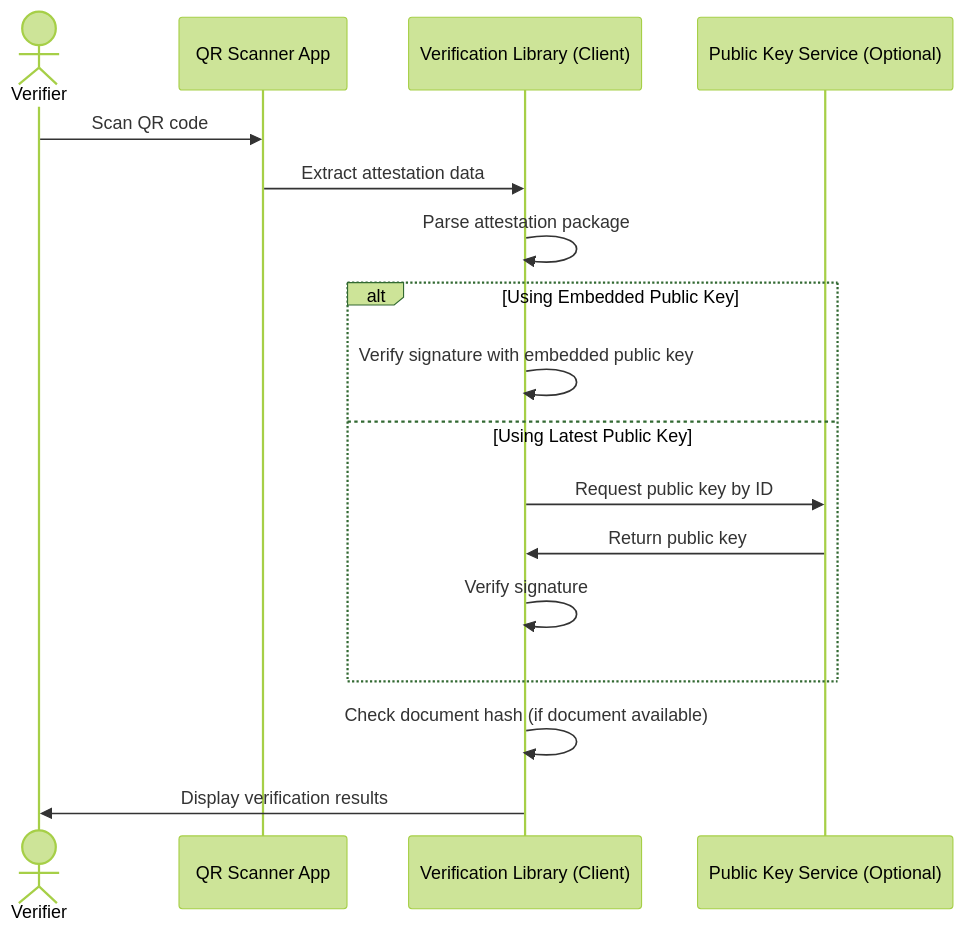
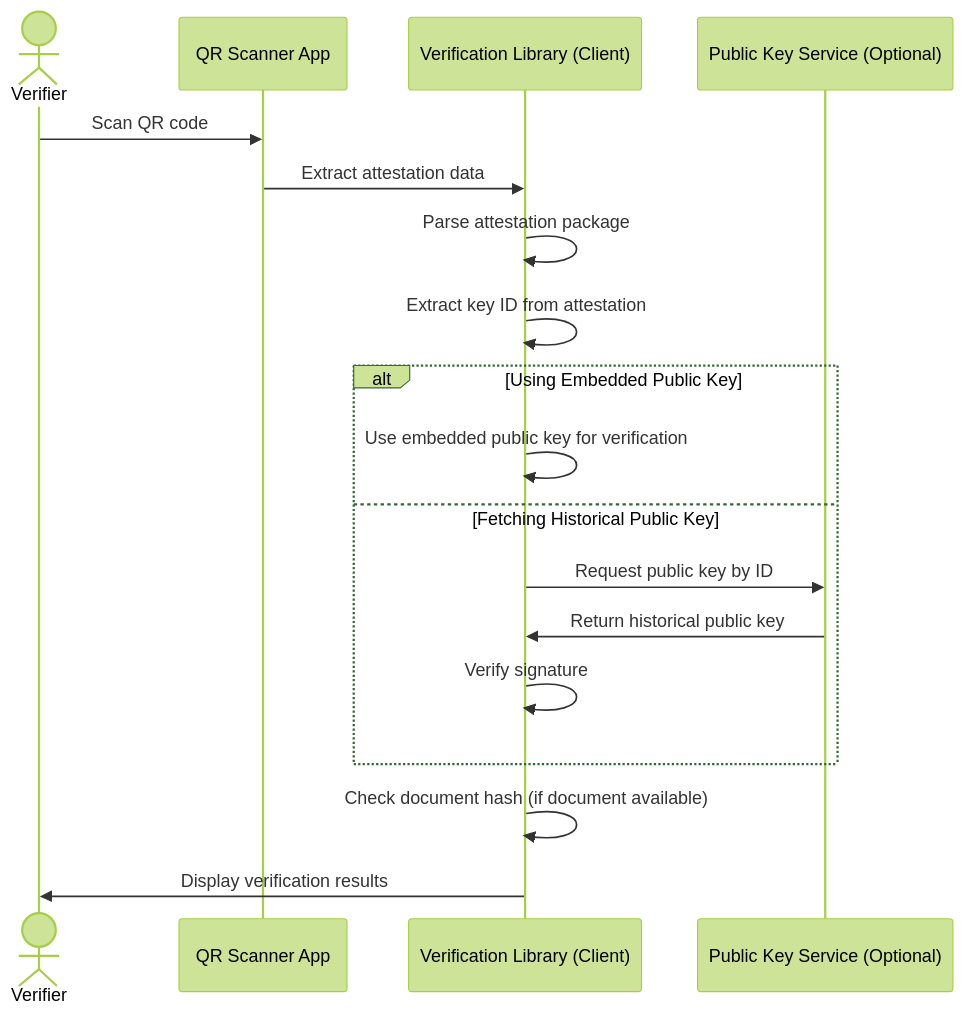
The second of 7 diagrams in ARCHITECTURE.md (seal-codes/webapp), drawn with Mermaid (forest theme) before and after one commit. The commit also changed other lines of this file, not shown here.

Commit message:
Correct public key verification to use historical keys valid at signing time

````diff
--- a/ARCHITECTURE.md
+++ b/ARCHITECTURE.md
@@ -57,22 +57,23 @@
 ```mermaid
 sequenceDiagram
     actor Verifier
     participant QRScanner as QR Scanner App
     participant VerLib as Verification Library (Client)
     participant PubKeyService as Public Key Service (Optional)
     
     Verifier->>QRScanner: Scan QR code
     QRScanner->>VerLib: Extract attestation data
     VerLib->>VerLib: Parse attestation package
+    VerLib->>VerLib: Extract key ID from attestation
     
     alt Using Embedded Public Key
-        VerLib->>VerLib: Verify signature with embedded public key
-    else Using Latest Public Key
+        VerLib->>VerLib: Use embedded public key for verification
+    else Fetching Historical Public Key
         VerLib->>PubKeyService: Request public key by ID
-        PubKeyService->>VerLib: Return public key
+        PubKeyService->>VerLib: Return historical public key
         VerLib->>VerLib: Verify signature
     end
     
     VerLib->>VerLib: Check document hash (if document available)
     VerLib->>Verifier: Display verification results
 ```
````
